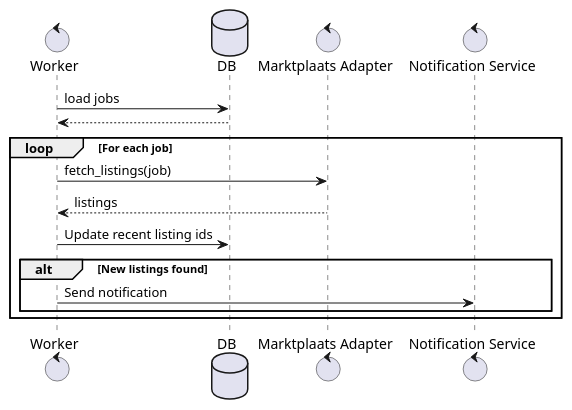
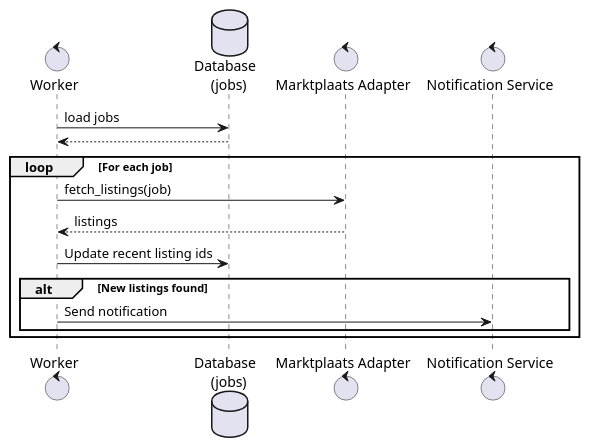
One commit to RyanHam04/marktplaats-scheduler changed the diagram in docs/diagrams/sequence_worker_polling.puml. Above: the diagram before and after it, drawn with PlantUML. The commit also changed 18 other files, not shown here.

```diff
--- a/docs/diagrams/sequence_worker_polling.puml
+++ b/docs/diagrams/sequence_worker_polling.puml
@@ -1,24 +1,24 @@
 @startuml
 
 control Worker
-database DB
+database "Database \n (jobs)" as DB
 control "Marktplaats Adapter" as Adapter
 control "Notification Service" as Notification
 
 Worker -> DB : load jobs
 DB --> Worker
 
 loop For each job
 
     Worker -> Adapter : fetch_listings(job)
     Adapter --> Worker : listings
 
     Worker -> DB : Update recent listing ids
 
     alt New listings found
         Worker -> Notification : Send notification
     end
 
 end
 
 @enduml
```
